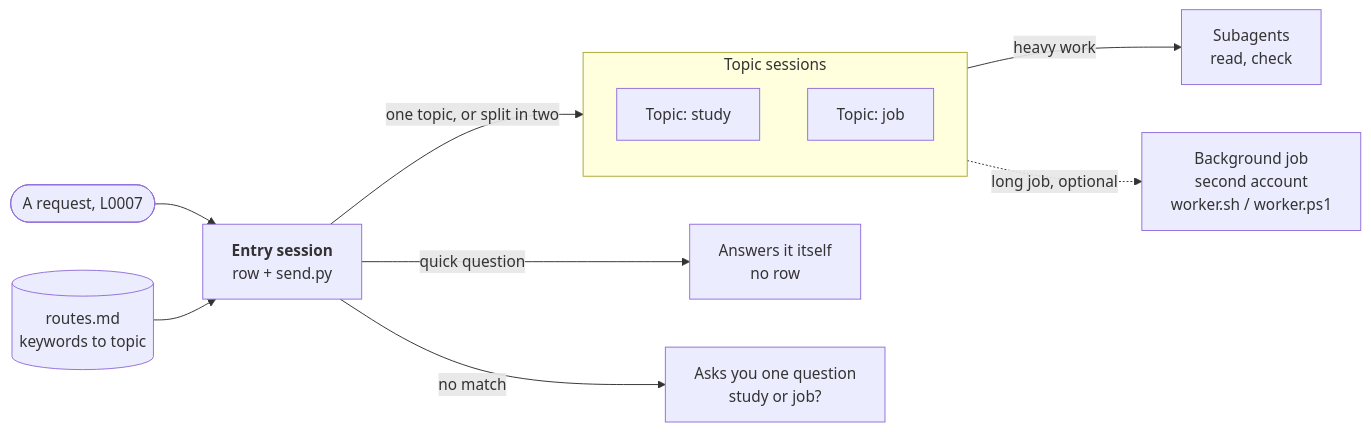
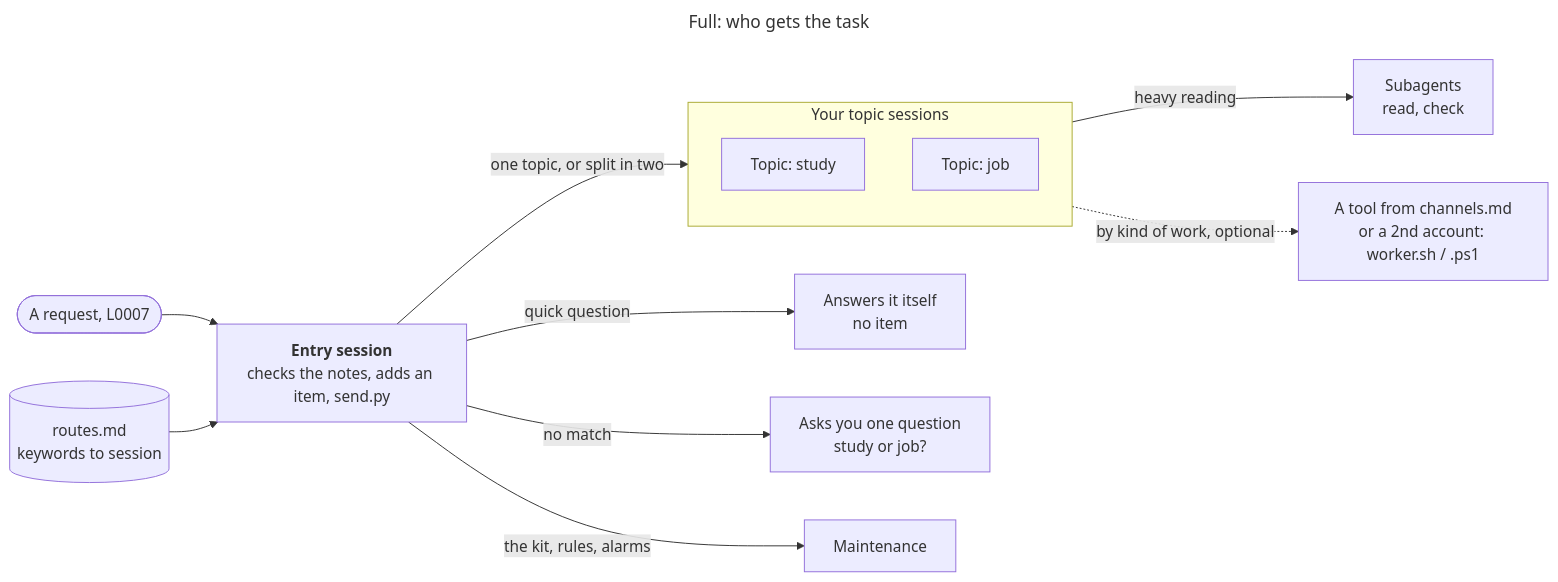
Before and after one commit to 0Smallcat0/second-brain-kit: the third of 6 diagrams in docs/ADVANCED.md, drawn with Mermaid. The commit also changed other lines of this file and 48 other files, not shown here.

Commit message:
0.2.4: Full-plan labels, tracker wording, fixed entry/supervisor/maintenance sessions, plan-based wake choice

````diff
--- a/docs/ADVANCED.md
+++ b/docs/ADVANCED.md
@@ -94,14 +142,18 @@
 ```mermaid
+---
+title: "Full: who gets the task"
+---
 flowchart LR
-  R(["A request, L0007"]) --> E["<b>Entry session</b><br/>row + send.py"]
-  T[("routes.md<br/>keywords to topic")] --> E
-  E -->|quick question| Q["Answers it itself<br/>no row"]
+  R(["A request, L0007"]) --> E["<b>Entry session</b><br/>checks the notes, adds an item, send.py"]
+  T[("routes.md<br/>keywords to session")] --> E
+  E -->|quick question| Q["Answers it itself<br/>no item"]
   E -->|no match| K["Asks you one question<br/>study or job?"]
+  E -->|the kit, rules, alarms| M["Maintenance"]
   E -->|one topic, or split in two| Topics
-  subgraph Topics["Topic sessions"]
+  subgraph Topics["Your topic sessions"]
     TA["Topic: study"]
     TB["Topic: job"]
   end
-  Topics -->|heavy work| S["Subagents<br/>read, check"]
-  Topics -.->|long job, optional| W["Background job<br/>second account<br/>worker.sh / worker.ps1"]
+  Topics -->|heavy reading| S["Subagents<br/>read, check"]
+  Topics -.->|by kind of work, optional| W["A tool from channels.md<br/>or a 2nd account: worker.sh / .ps1"]
 ```
````
